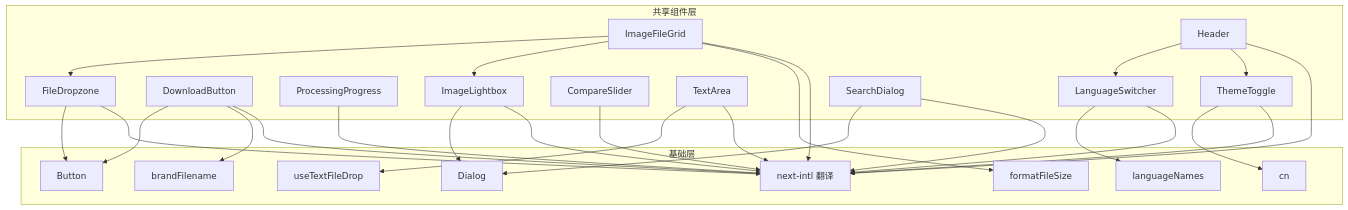
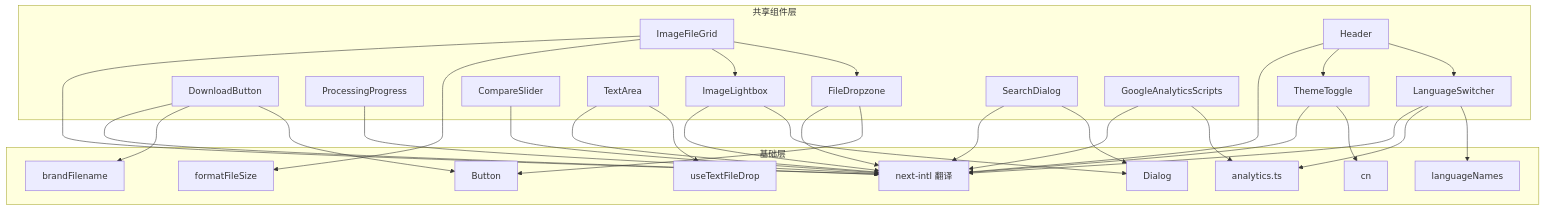
One commit to sgyy/privadeck changed the second of 5 diagrams in .qoder/repowiki/zh/content/UI组件系统/共享组件.md. Above: the diagram before and after it, drawn with Mermaid. The commit also changed other lines of this file and 5 other files, not shown here.

````diff
--- a/.qoder/repowiki/zh/content/UI组件系统/共享组件.md
+++ b/.qoder/repowiki/zh/content/UI组件系统/共享组件.md
@@ -151,50 +164,55 @@
 ```mermaid
 graph TB
 subgraph "共享组件层"
 C1["FileDropzone"]
 C2["DownloadButton"]
 C3["ProcessingProgress"]
 C4["ImageFileGrid"]
 C5["ImageLightbox"]
 C6["CompareSlider"]
 C7["TextArea"]
 C8["ThemeToggle"]
 C9["LanguageSwitcher"]
 C10["SearchDialog"]
 C11["Header"]
+C12["GoogleAnalyticsScripts"]
 end
 subgraph "基础层"
 UI["Button"]
 DLG["Dialog"]
 UT["cn"]
 FS["formatFileSize"]
 BR["brandFilename"]
 TF["useTextFileDrop"]
 LN["languageNames"]
 TR["next-intl 翻译"]
+AN["analytics.ts"]
 end
 C1 --> UI
 C2 --> UI
 C4 --> C1
 C4 --> C5
 C4 --> FS
 C5 --> DLG
 C2 --> BR
 C7 --> TF
 C8 --> UT
 C9 --> LN
+C9 --> AN
 C10 --> DLG
 C11 --> C9
 C11 --> C8
+C12 --> AN
 C1 --> TR
 C2 --> TR
 C3 --> TR
 C4 --> TR
 C5 --> TR
 C6 --> TR
 C7 --> TR
 C8 --> TR
 C9 --> TR
 C10 --> TR
 C11 --> TR
+C12 --> TR
 ```
````
